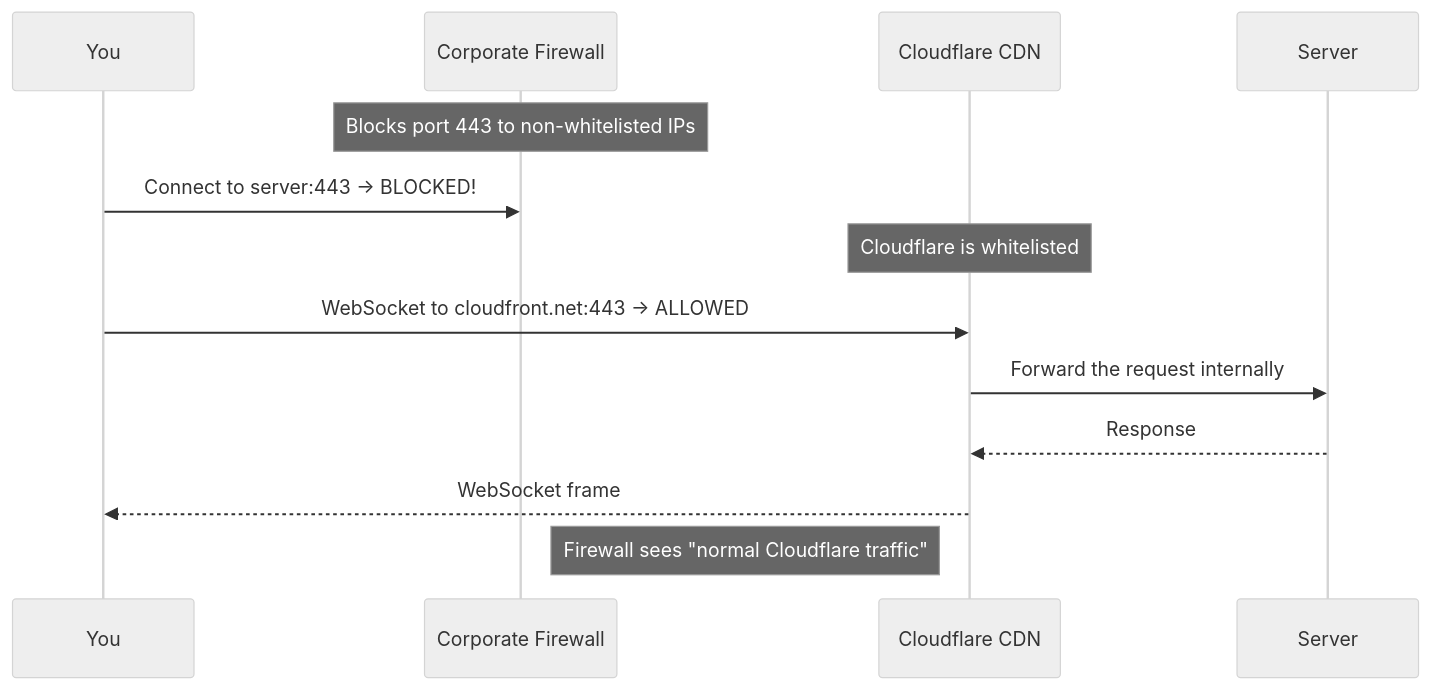
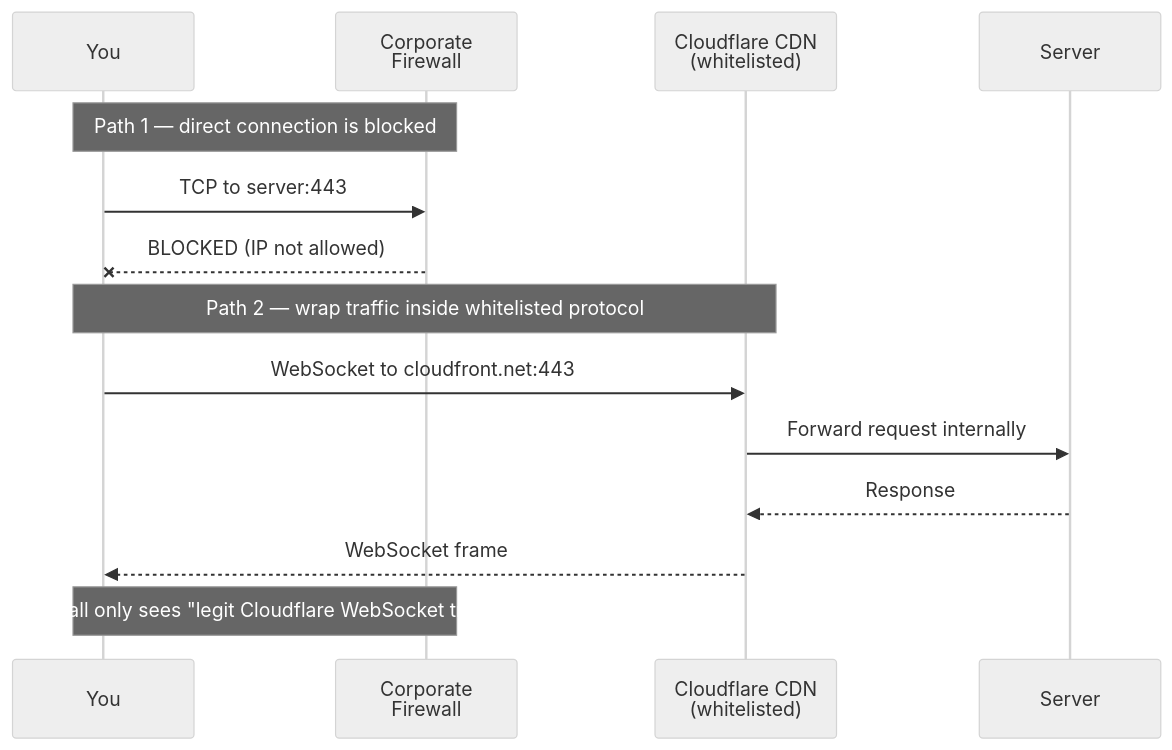
The sixth of 6 diagrams in networking-lessons-from-singbox/modules/01_proxy-basics.md (datmt/learning), drawn with Mermaid (neutral theme) before and after one commit. The commit also changed other lines of this file and 2 other files, not shown here.

````diff
--- a/networking-lessons-from-singbox/modules/01_proxy-basics.md
+++ b/networking-lessons-from-singbox/modules/01_proxy-basics.md
@@ -392,18 +401,19 @@
 ```mermaid
 sequenceDiagram
     participant You as You
-    participant FW as Corporate Firewall
-    participant CDN as Cloudflare CDN
+    participant FW as Corporate<br/>Firewall
+    participant CDN as Cloudflare CDN<br/>(whitelisted)
     participant S as Server
-    
-    Note over FW: Blocks port 443 to non-whitelisted IPs
-    You->>FW: Connect to server:443 → BLOCKED!
-    
-    Note over CDN: Cloudflare is whitelisted
-    You->>CDN: WebSocket to cloudfront.net:443 → ALLOWED
-    CDN->>S: Forward the request internally
+
+    Note over You,FW: Path 1 — direct connection is blocked
+    You->>FW: TCP to server:443
+    FW--xYou: BLOCKED (IP not allowed)
+
+    Note over You,CDN: Path 2 — wrap traffic inside whitelisted protocol
+    You->>CDN: WebSocket to cloudfront.net:443
+    CDN->>S: Forward request internally
     S-->>CDN: Response
     CDN-->>You: WebSocket frame
-    
-    Note right of FW: Firewall sees "normal Cloudflare traffic"
+
+    Note over FW,You: Firewall only sees "legit Cloudflare WebSocket traffic"
 ```
````
